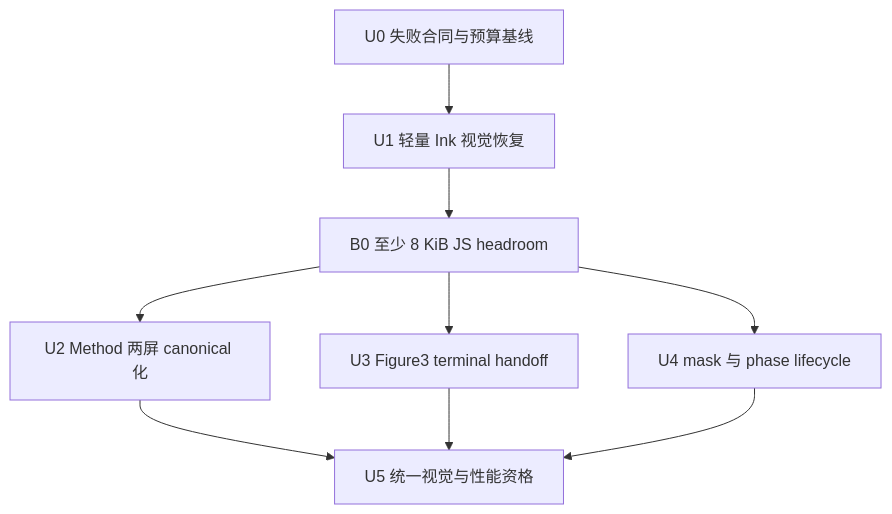
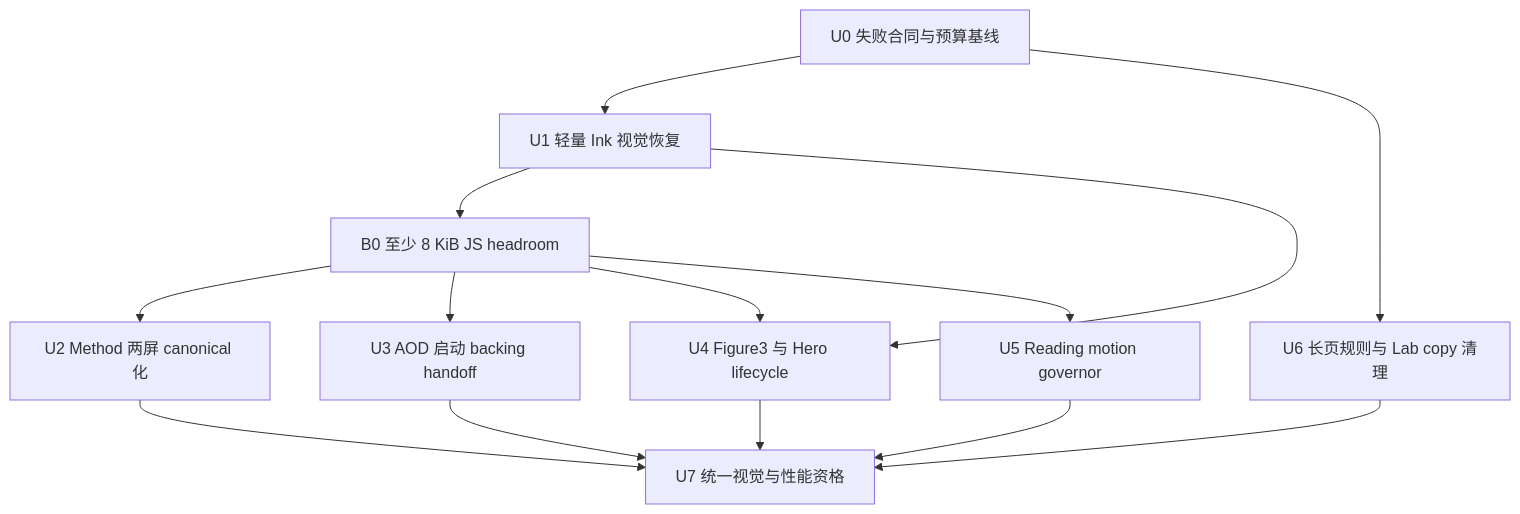
Before and after one commit to astroleno/TongyeGuanmi: the diagram in docs/plans/2026-07-15-008-fix-r5-ink-visual-method-closure-plan.md, drawn with Mermaid. The commit also changed other lines of this file and 73 other files, not shown here.

````diff
--- a/docs/plans/2026-07-15-008-fix-r5-ink-visual-method-closure-plan.md
+++ b/docs/plans/2026-07-15-008-fix-r5-ink-visual-method-closure-plan.md
@@ -93,19 +124,26 @@
 ```mermaid
 flowchart TB
   U0["U0 失败合同与预算基线"]
   U1["U1 轻量 Ink 视觉恢复"]
   B0["B0 至少 8 KiB JS headroom"]
   U2["U2 Method 两屏 canonical 化"]
-  U3["U3 Figure3 terminal handoff"]
-  U4["U4 mask 与 phase lifecycle"]
-  U5["U5 统一视觉与性能资格"]
+  U3["U3 AOD 启动 backing handoff"]
+  U4["U4 Figure3 与 Hero lifecycle"]
+  U5["U5 Reading motion governor"]
+  U6["U6 长页规则与 Lab copy 清理"]
+  U7["U7 统一视觉与性能资格"]
 
   U0 --> U1
   U1 --> B0
   B0 --> U2
   B0 --> U3
+  U1 --> U4
   B0 --> U4
-  U2 --> U5
-  U3 --> U5
-  U4 --> U5
+  B0 --> U5
+  U0 --> U6
+  U2 --> U7
+  U3 --> U7
+  U4 --> U7
+  U5 --> U7
+  U6 --> U7
 ```
````
